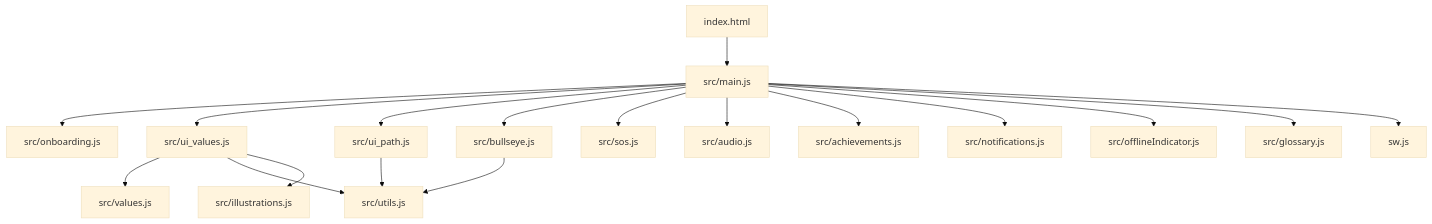
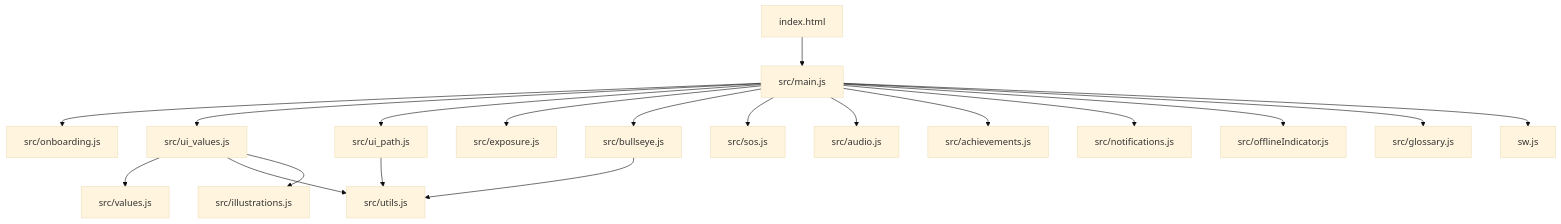
Before and after one commit to pataforista/valores: the diagram in README.md, drawn with Mermaid (base theme). The commit also changed other lines of this file and 10 other files, not shown here.

````diff
--- a/README.md
+++ b/README.md
@@ -40,24 +45,25 @@
 ```mermaid
 graph TD
     index.html --> src/main.js
     src/main.js --> src/onboarding.js
     src/main.js --> src/ui_values.js
     src/main.js --> src/ui_path.js
+    src/main.js --> src/exposure.js
     src/main.js --> src/bullseye.js
     src/main.js --> src/sos.js
     src/main.js --> src/audio.js
     src/main.js --> src/achievements.js
     src/main.js --> src/notifications.js
     src/main.js --> src/offlineIndicator.js
     src/main.js --> src/glossary.js
     
     src/ui_values.js --> src/values.js
     src/ui_values.js --> src/utils.js
     src/ui_values.js --> src/illustrations.js
     
     src/ui_path.js --> src/utils.js
     
     src/bullseye.js --> src/utils.js
     
     src/main.js --> sw.js
 ```
````
